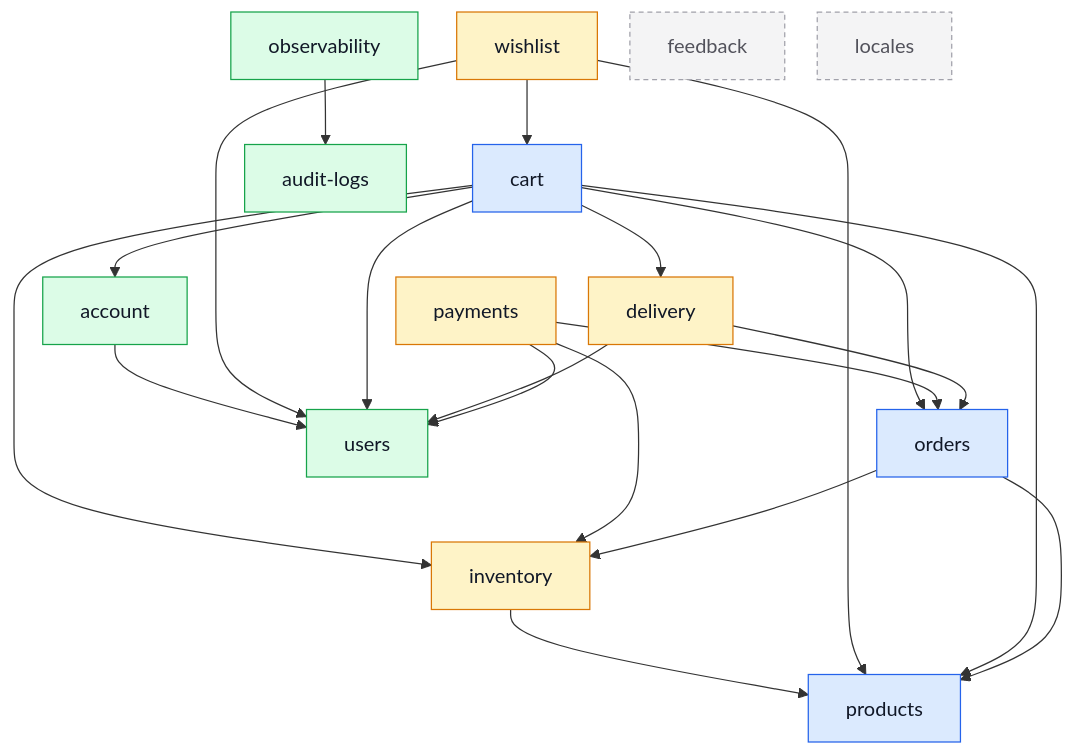
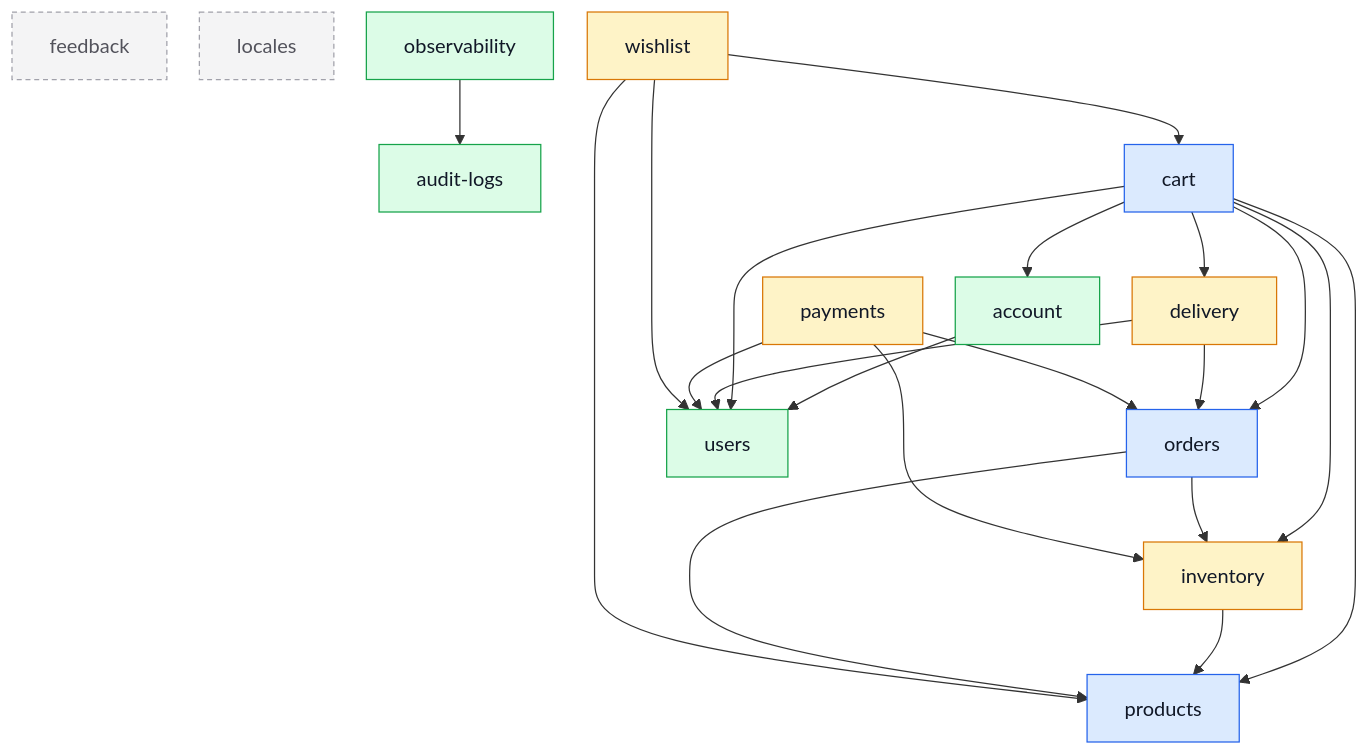
The diagram in docs/modules/index.md (Guebbit/boilerplate-node-backend), drawn with Mermaid before and after one commit. The commit also changed other lines of this file and 5 other files, not shown here.

````diff
--- a/docs/modules/index.md
+++ b/docs/modules/index.md
@@ -30,36 +39,46 @@
 ```mermaid
 %%{init: {'flowchart': {'nodeSpacing': 26, 'rankSpacing': 52}}}%%
 flowchart TD
-    wishlist --> cart
+    account
+    audit_logs["audit-logs"]
+    cart
+    delivery
+    feedback
+    inventory
+    locales
+    observability
+    orders
+    payments
+    products
+    users
+    wishlist
+
+    account --> users
     cart --> account
     cart --> delivery
+    cart --> inventory
     cart --> orders
-    cart --> inventory
+    cart --> products
+    cart --> users
+    delivery --> orders
+    delivery --> users
+    inventory --> products
+    observability --> audit_logs
+    orders --> inventory
+    orders --> products
+    payments --> inventory
     payments --> orders
-    payments --> inventory
-    delivery --> orders
-    orders --> inventory
-    inventory --> products
-    account --> users
-    observability --> auditlogs["audit-logs"]
-
+    payments --> users
+    wishlist --> cart
     wishlist --> products
     wishlist --> users
-    cart --> products
-    cart --> users
-    orders --> products
-    delivery --> users
-    payments --> users
-
-    feedback
-    locales
 
     classDef core fill:#dbeafe,stroke:#2563eb,color:#111827;
     classDef supporting fill:#fef3c7,stroke:#d97706,color:#111827;
     classDef generic fill:#dcfce7,stroke:#16a34a,color:#111827;
     classDef isolated fill:#f4f4f5,stroke:#a1a1aa,color:#52525b,stroke-dasharray:4 3;
     class cart,orders,products core;
     class delivery,inventory,payments,wishlist supporting;
-    class account,auditlogs,observability,users generic;
+    class account,audit_logs,observability,users generic;
     class feedback,locales isolated;
 ```
````
